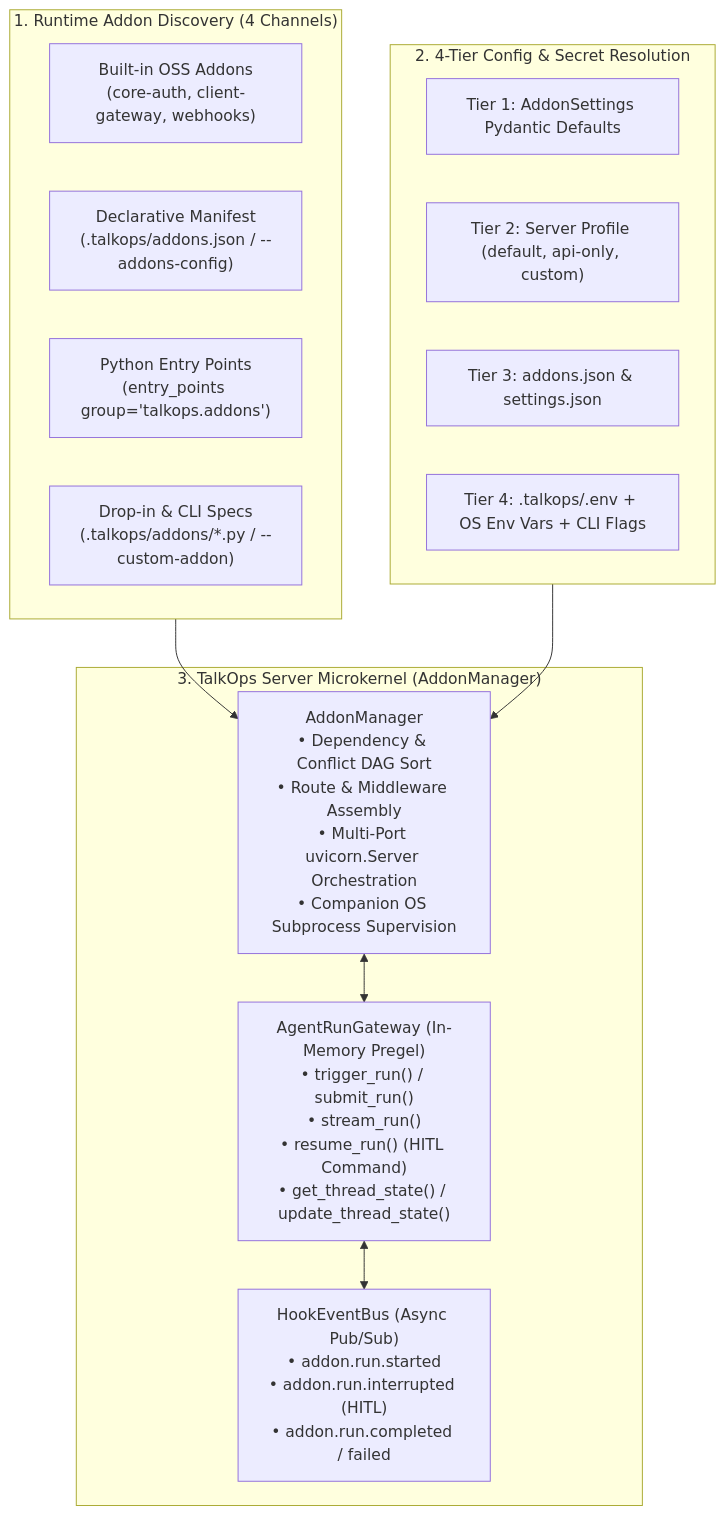
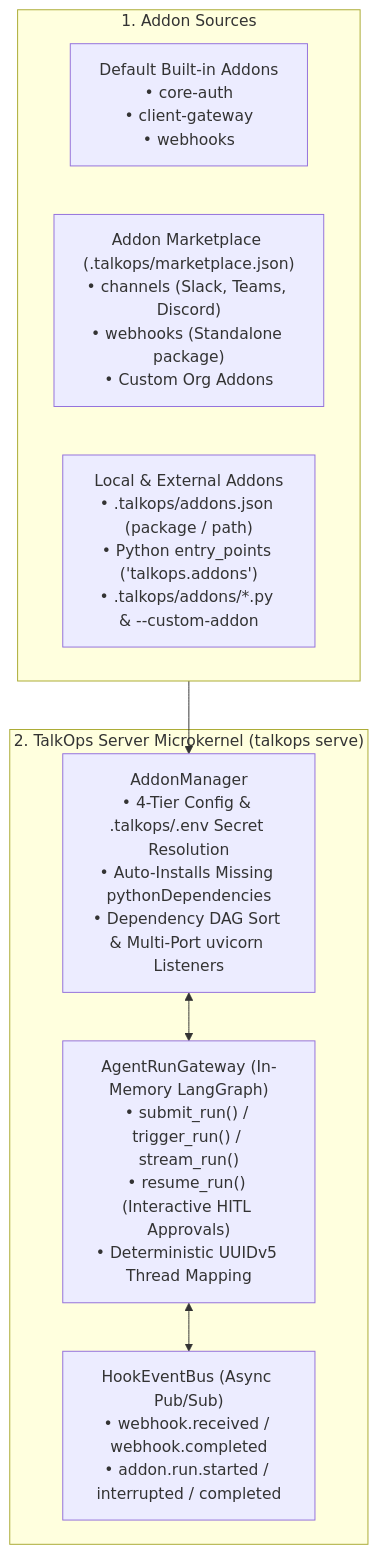
Before and after one commit to talkops-ai/talkops: the diagram in docs/talkops-docs/server-addons.md, drawn with Mermaid. The commit also changed other lines of this file and 81 other files, not shown here.

````diff
--- a/docs/talkops-docs/server-addons.md
+++ b/docs/talkops-docs/server-addons.md
@@ -29,27 +36,18 @@
 ```mermaid
 flowchart TB
-    subgraph Discovery["1. Runtime Addon Discovery (4 Channels)"]
-        D1["Built-in OSS Addons\n(core-auth, client-gateway, webhooks)"]
-        D2["Declarative Manifest\n(.talkops/addons.json / --addons-config)"]
-        D3["Python Entry Points\n(entry_points group='talkops.addons')"]
-        D4["Drop-in & CLI Specs\n(.talkops/addons/*.py / --custom-addon)"]
+    subgraph Sources["1. Addon Sources"]
+        B["Default Built-in Addons\n• core-auth\n• client-gateway\n• webhooks"]
+        MP["Addon Marketplace (.talkops/marketplace.json)\n• channels (Slack, Teams, Discord)\n• webhooks (Standalone package)\n• Custom Org Addons"]
+        EXT["Local & External Addons\n• .talkops/addons.json (package / path)\n• Python entry_points ('talkops.addons')\n• .talkops/addons/*.py & --custom-addon"]
     end
 
-    subgraph Config["2. 4-Tier Config & Secret Resolution"]
-        C1["Tier 1: AddonSettings Pydantic Defaults"]
-        C2["Tier 2: Server Profile (default, api-only, custom)"]
-        C3["Tier 3: addons.json & settings.json"]
-        C4["Tier 4: .talkops/.env + OS Env Vars + CLI Flags"]
+    subgraph Runtime["2. TalkOps Server Microkernel (talkops serve)"]
+        AM["AddonManager\n• 4-Tier Config & .talkops/.env Secret Resolution\n• Auto-Installs Missing pythonDependencies\n• Dependency DAG Sort & Multi-Port uvicorn Listeners"]
+        GW["AgentRunGateway (In-Memory LangGraph)\n• submit_run() / trigger_run() / stream_run()\n• resume_run() (Interactive HITL Approvals)\n• Deterministic UUIDv5 Thread Mapping"]
+        BUS["HookEventBus (Async Pub/Sub)\n• webhook.received / webhook.completed\n• addon.run.started / interrupted / completed"]
     end
 
-    subgraph Kernel["3. TalkOps Server Microkernel (AddonManager)"]
-        AM["AddonManager\n• Dependency & Conflict DAG Sort\n• Route & Middleware Assembly\n• Multi-Port uvicorn.Server Orchestration\n• Companion OS Subprocess Supervision"]
-        GW["AgentRunGateway (In-Memory Pregel)\n• trigger_run() / submit_run()\n• stream_run()\n• resume_run() (HITL Command)\n• get_thread_state() / update_thread_state()"]
-        EB["HookEventBus (Async Pub/Sub)\n• addon.run.started\n• addon.run.interrupted (HITL)\n• addon.run.completed / failed"]
-    end
-
-    Discovery --> AM
-    Config --> AM
+    Sources --> AM
     AM <--> GW
-    GW <--> EB
+    GW <--> BUS
 ```
````
